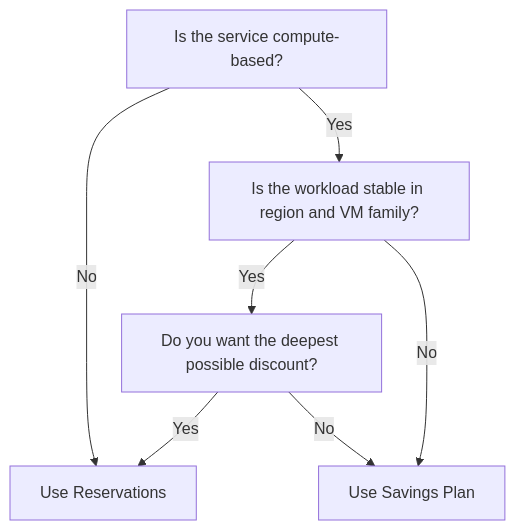
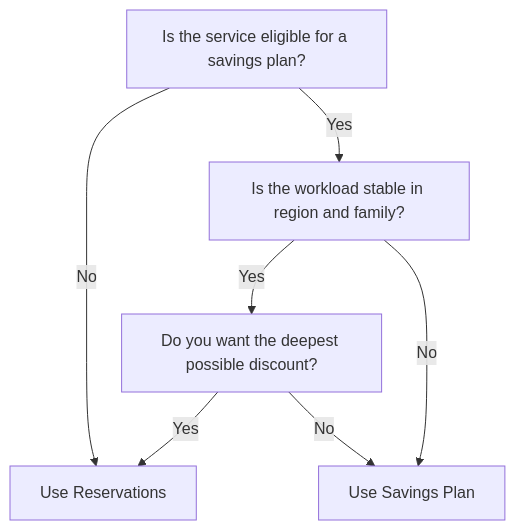
One commit to OneUptime/blog changed the diagram in posts/2026-02-16-how-to-compare-azure-reservations-vs-savings-plans-and-choose-the-right-option/README.md. Above: the diagram before and after it, drawn with Mermaid. The commit also changed other lines of this file and 2 other files, not shown here.

Commit message:
validate: 2026-02-16-how-to-compare-azure-reservations-vs-savings-plans-and-choose-the-right-option

````diff
--- a/posts/2026-02-16-how-to-compare-azure-reservations-vs-savings-plans-and-choose-the-right-option/README.md
+++ b/posts/2026-02-16-how-to-compare-azure-reservations-vs-savings-plans-and-choose-the-right-option/README.md
@@ -88,9 +88,9 @@
 ```mermaid
 graph TD
-    A[Is the service compute-based?] -->|No| B[Use Reservations]
-    A -->|Yes| C[Is the workload stable in region and VM family?]
+    A[Is the service eligible for a savings plan?] -->|No| B[Use Reservations]
+    A -->|Yes| C[Is the workload stable in region and family?]
     C -->|Yes| D[Do you want the deepest possible discount?]
     C -->|No| E[Use Savings Plan]
     D -->|Yes| B
     D -->|No| E
 ```
````
